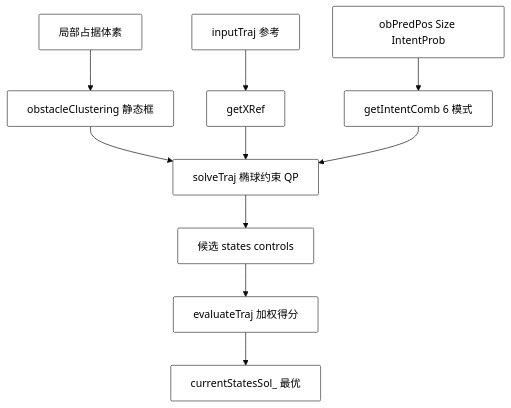
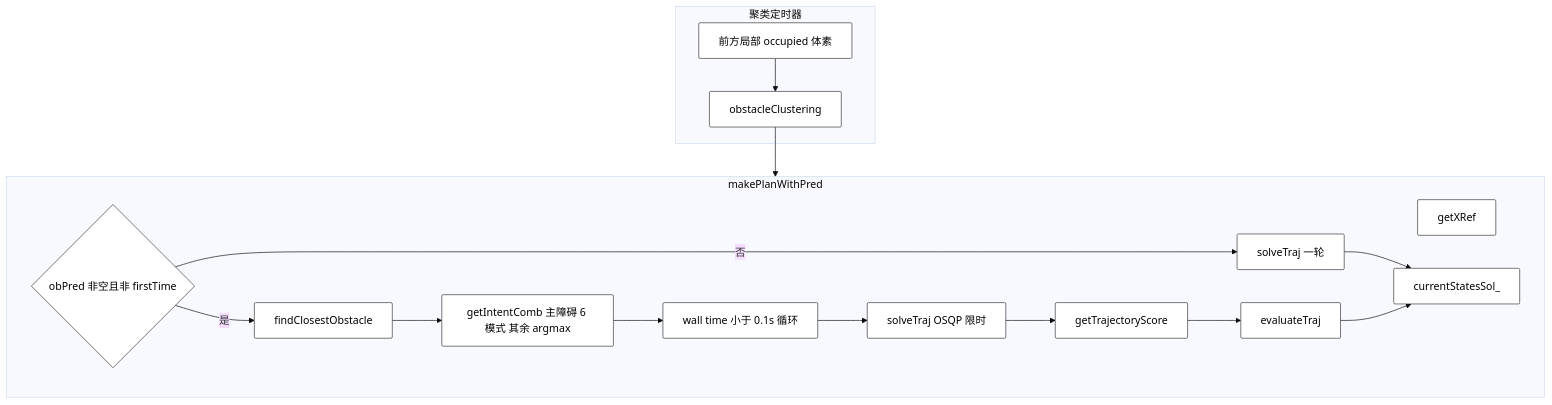
The tenth of 11 diagrams in _posts/2026-05-02-Intent-MPC.md (KwanWaiPang/KwanWaiPang.github.io), drawn with Mermaid (base theme) before and after one commit. The commit also changed other lines of this file, not shown here.

```diff
--- a/_posts/2026-05-02-Intent-MPC.md
+++ b/_posts/2026-05-02-Intent-MPC.md
@@ -213,14 +339,25 @@
 <div class="mermaid" style="display: flex; justify-content: center; width: 90%; margin: 0 auto;">
 graph TD
     classDef default fill:#fff,stroke:#333,stroke-width:1px,color:#000,rx:2,ry:2;
 
-    L[局部占据体素] --> C[obstacleClustering 静态框]
-    C --> S[solveTraj 椭球约束 QP]
-    R[inputTraj 参考] --> X[getXRef]
-    X --> S
-    P[obPredPos Size IntentProb] --> IC[getIntentComb 6 模式]
-    IC --> S
-    S --> SC[候选 states controls]
-    SC --> EV[evaluateTraj 加权得分]
-    EV --> BEST[currentStatesSol_ 最优]
+    subgraph cluster [聚类定时器]
+        LC[前方局部 occupied 体素]
+        LC --> OC[obstacleClustering]
+    end
+
+    subgraph mpc [makePlanWithPred]
+        XR[getXRef]
+        BR{obPred 非空且非 firstTime}
+        BR -->|否| ST[solveTraj 一轮]
+        BR -->|是| FO[findClosestObstacle]
+        FO --> IC[getIntentComb 主障碍 6 模式 其余 argmax]
+        IC --> LP[wall time 小于 0.1s 循环]
+        LP --> SQ[solveTraj OSQP 限时]
+        SQ --> SC[getTrajectoryScore]
+        SC --> EV[evaluateTraj]
+        ST --> DONE[currentStatesSol_]
+        EV --> DONE
+    end
+
+    OC --> mpc
 </div>
```
